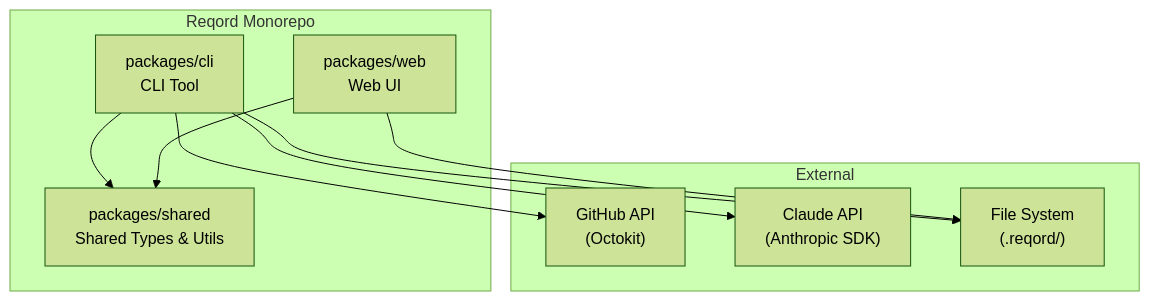
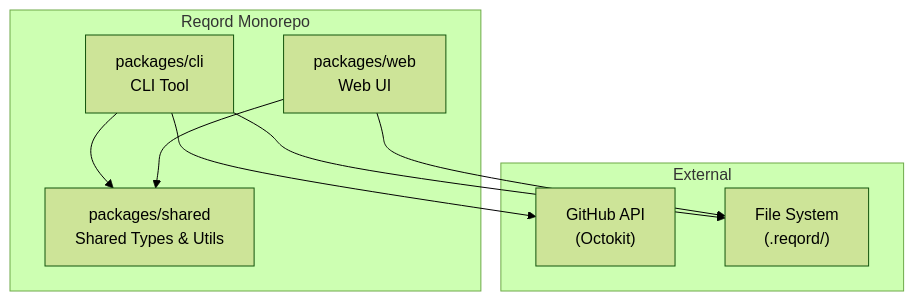
One commit to kicchann/reqord changed the first of 2 diagrams in .reqord/context/technical-narrative.md. Above: the diagram before and after it, drawn with Mermaid (forest theme). The commit also changed other lines of this file and 6 other files, not shown here.

````diff
--- a/.reqord/context/technical-narrative.md
+++ b/.reqord/context/technical-narrative.md
@@ -5,22 +5,20 @@
 ```mermaid
 graph TB
     subgraph "Reqord Monorepo"
         CLI["packages/cli<br/>CLI Tool"]
         WEB["packages/web<br/>Web UI"]
         SHARED["packages/shared<br/>Shared Types & Utils"]
     end
 
     CLI --> SHARED
     WEB --> SHARED
 
     subgraph "External"
         GH["GitHub API<br/>(Octokit)"]
-        CLAUDE["Claude API<br/>(Anthropic SDK)"]
         FS["File System<br/>(.reqord/)"]
     end
 
     CLI --> GH
-    CLI --> CLAUDE
     CLI --> FS
     WEB --> FS
 ```
````
